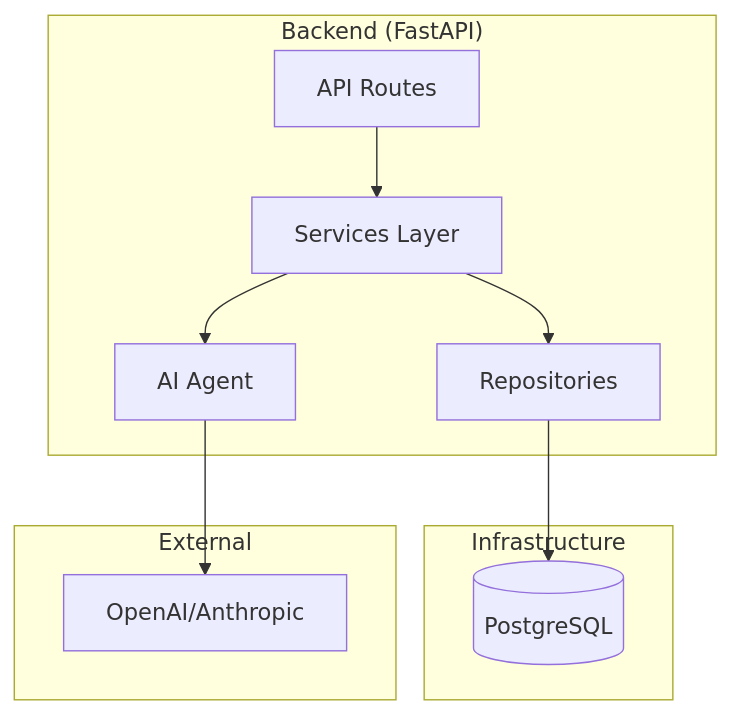
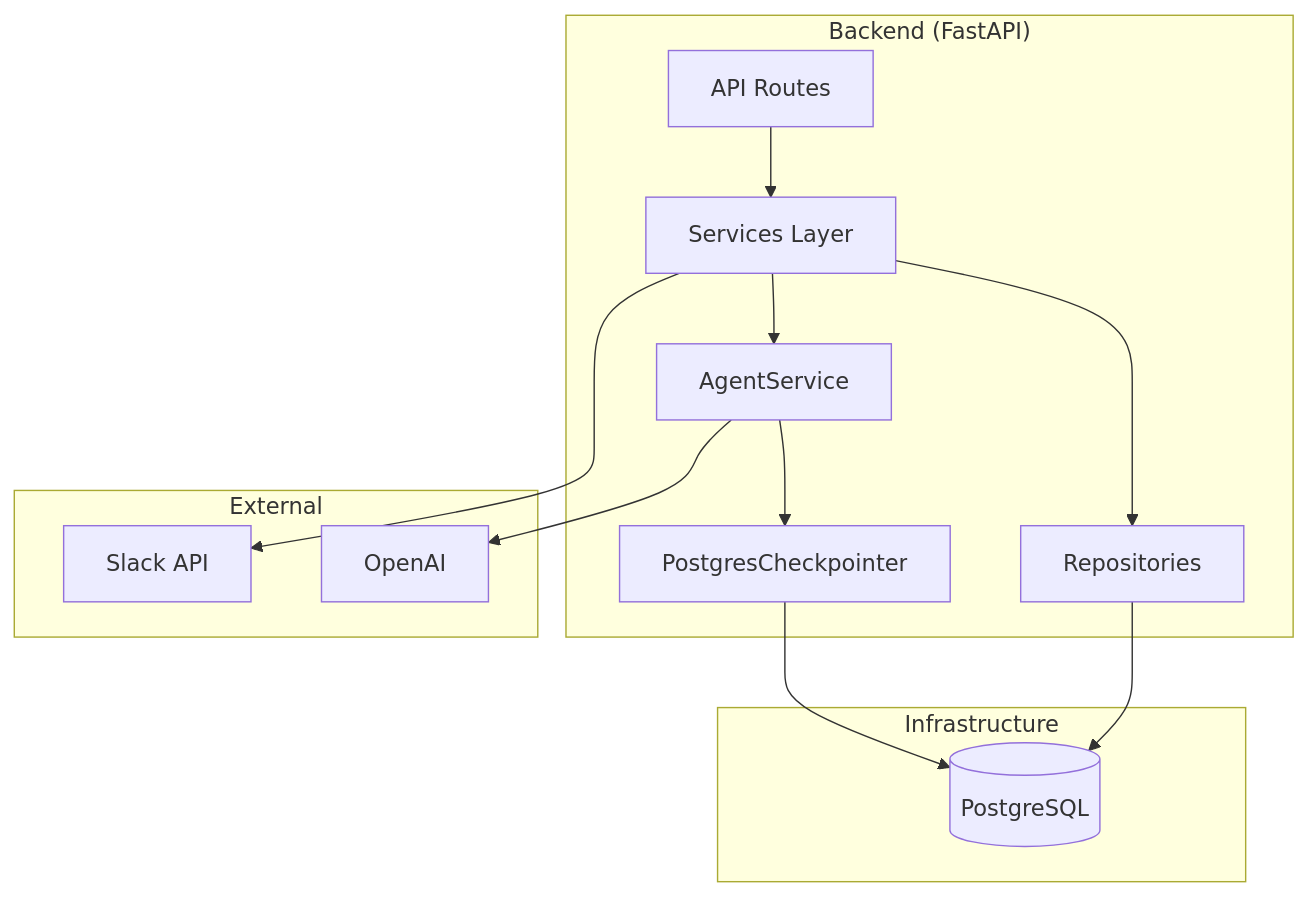
The diagram in README.md (Kotivskyi/slack-bot-agent), drawn with Mermaid before and after one commit. The commit also changed other lines of this file and 23 other files, not shown here.

````diff
--- a/README.md
+++ b/README.md
@@ -89,23 +126,28 @@
 ```mermaid
 graph TB
     subgraph Backend["Backend (FastAPI)"]
         API[API Routes]
         Services[Services Layer]
         Repos[Repositories]
-        Agent[AI Agent]
+        Agent[AgentService]
+        Checkpointer[PostgresCheckpointer]
     end
 
     subgraph Infrastructure
         DB[(PostgreSQL)]
     end
 
     subgraph External
-        LLM[OpenAI/Anthropic]
+        LLM[OpenAI]
+        Slack[Slack API]
     end
 
     API --> Services
     Services --> Repos
     Services --> Agent
+    Agent --> Checkpointer
     Repos --> DB
+    Checkpointer --> DB
     Agent --> LLM
+    Services --> Slack
 ```
````
